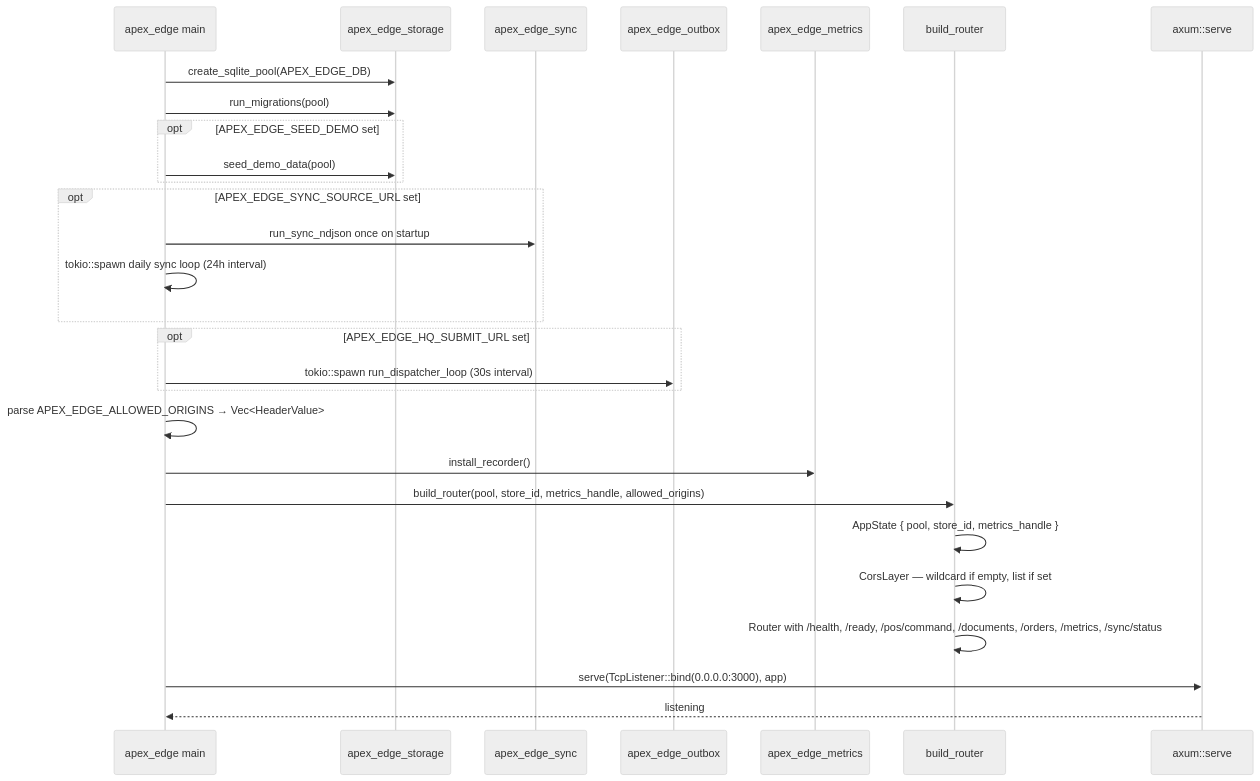
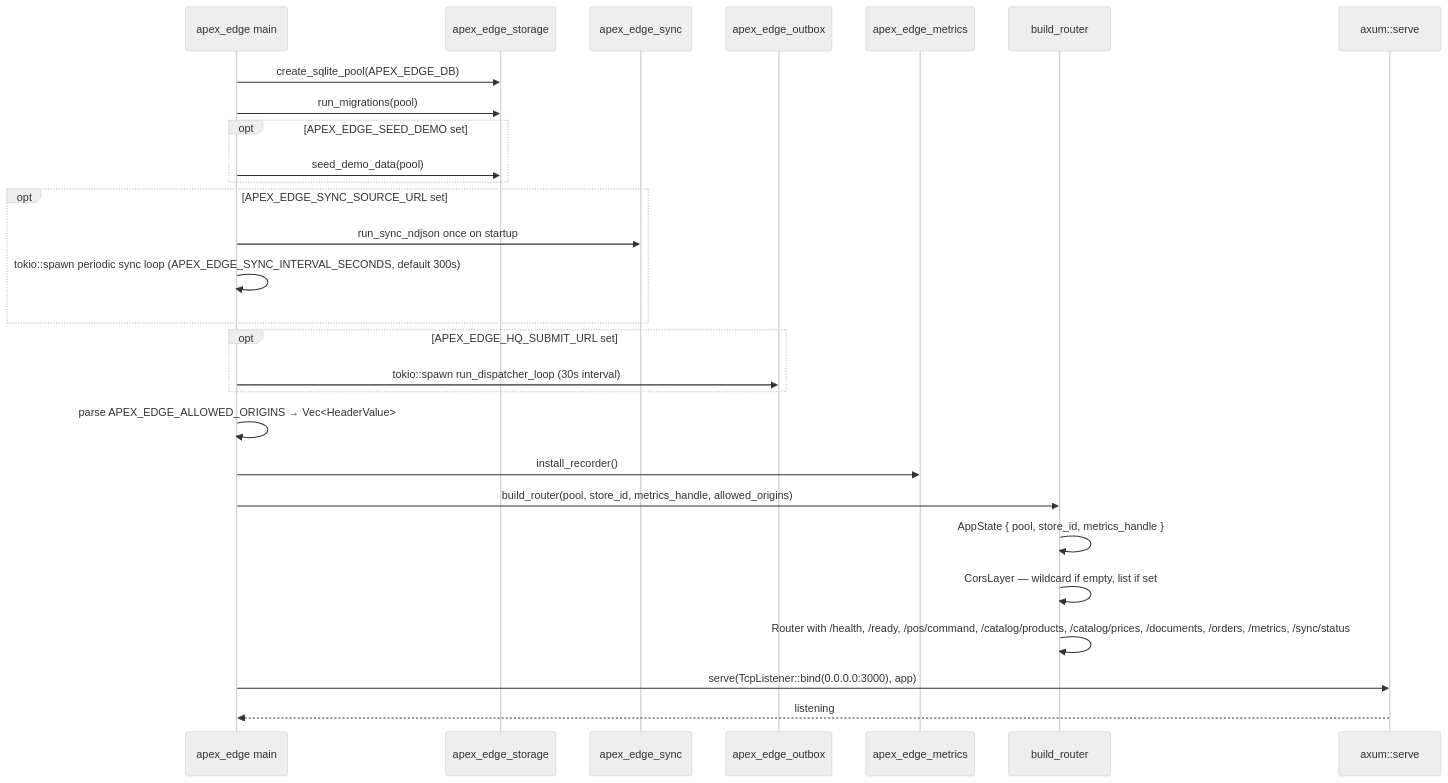
The second of 17 diagrams in docs/architecture/README.md (AncientiCe/apex-edge), drawn with Mermaid (neutral theme) before and after one commit. The commit also changed other lines of this file and 24 other files, not shown here.

Commit message:
feat(printing,documents,outbox): harden POS northbound contract and stabilize local finalize flow

````diff
--- a/docs/architecture/README.md
+++ b/docs/architecture/README.md
@@ -51,30 +51,30 @@
 ```mermaid
 sequenceDiagram
     participant Main as apex_edge main
     participant Storage as apex_edge_storage
     participant Sync as apex_edge_sync
     participant Outbox as apex_edge_outbox
     participant Metrics as apex_edge_metrics
     participant App as build_router
     participant Axum as axum::serve
     Main->>Storage: create_sqlite_pool(APEX_EDGE_DB)
     Main->>Storage: run_migrations(pool)
     opt APEX_EDGE_SEED_DEMO set
         Main->>Storage: seed_demo_data(pool)
     end
     opt APEX_EDGE_SYNC_SOURCE_URL set
         Main->>Sync: run_sync_ndjson once on startup
-        Main->>Main: tokio::spawn daily sync loop (24h interval)
+        Main->>Main: tokio::spawn periodic sync loop (APEX_EDGE_SYNC_INTERVAL_SECONDS, default 300s)
     end
     opt APEX_EDGE_HQ_SUBMIT_URL set
         Main->>Outbox: tokio::spawn run_dispatcher_loop (30s interval)
     end
     Main->>Main: parse APEX_EDGE_ALLOWED_ORIGINS → Vec<HeaderValue>
     Main->>Metrics: install_recorder()
     Main->>App: build_router(pool, store_id, metrics_handle, allowed_origins)
     App->>App: AppState { pool, store_id, metrics_handle }
     App->>App: CorsLayer — wildcard if empty, list if set
-    App->>App: Router with /health, /ready, /pos/command, /documents, /orders, /metrics, /sync/status
+    App->>App: Router with /health, /ready, /pos/command, /catalog/products, /catalog/prices, /documents, /orders, /metrics, /sync/status
     Main->>Axum: serve(TcpListener::bind(0.0.0.0:3000), app)
     Axum-->>Main: listening
 ```
````
